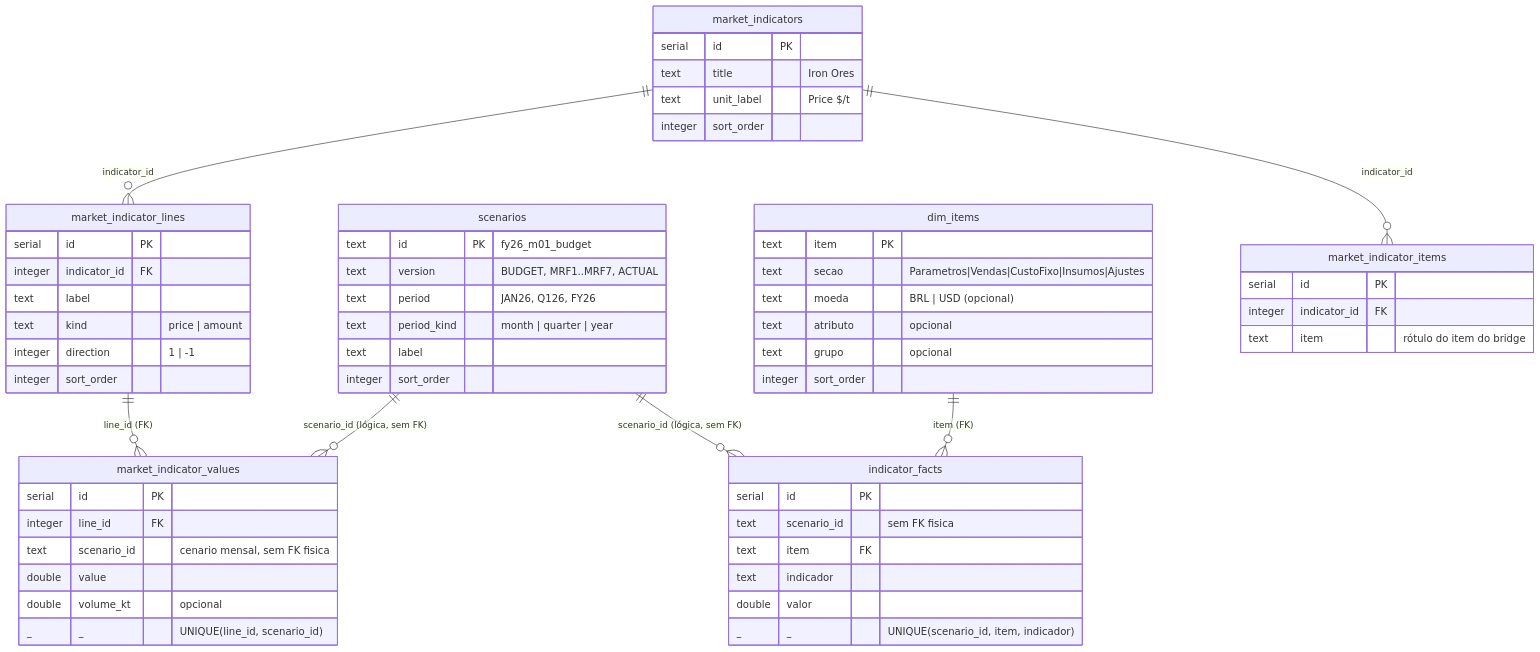
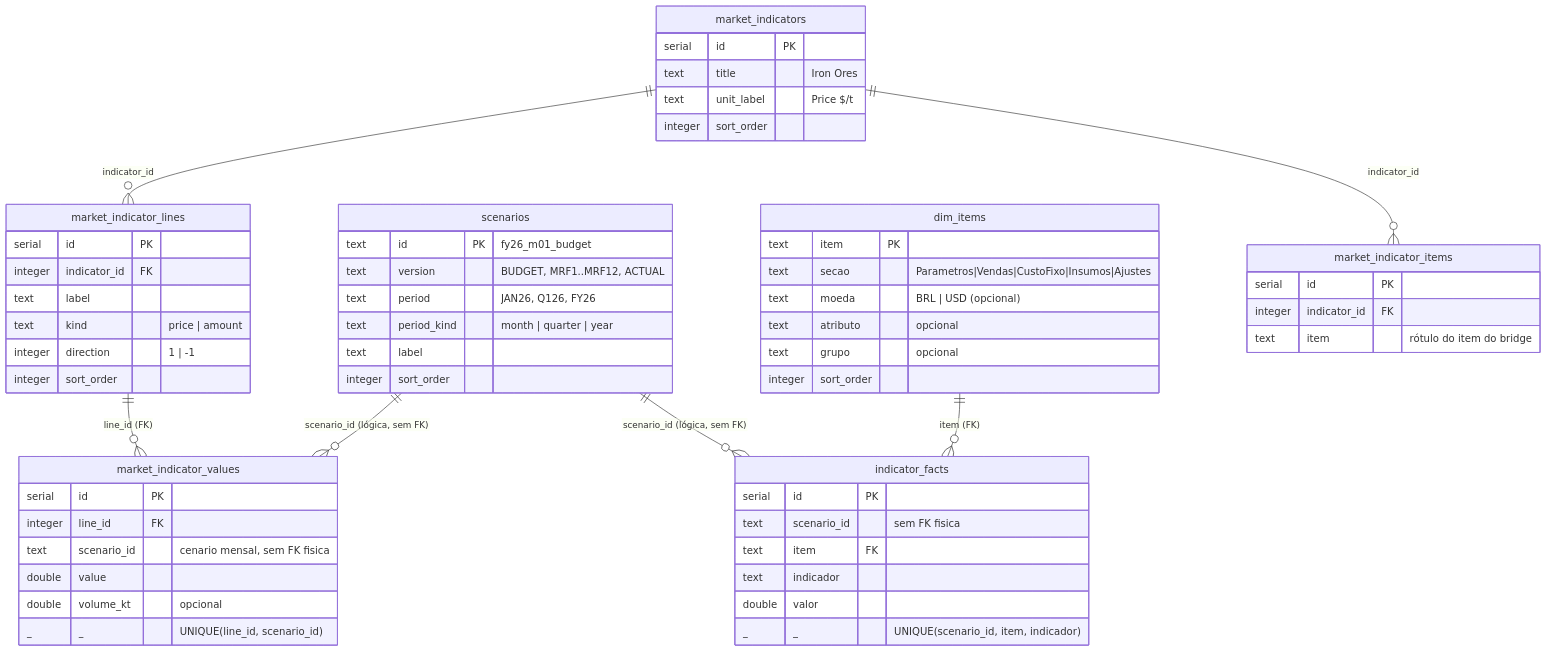
The diagram in docs/esquema-banco.md (guilherme80-code/ebitda-bridge), drawn with Mermaid before and after one commit. The commit also changed other lines of this file and 19 other files, not shown here.

````diff
--- a/docs/esquema-banco.md
+++ b/docs/esquema-banco.md
@@ -21,62 +21,62 @@
 ```mermaid
 erDiagram
     scenarios ||--o{ indicator_facts : "scenario_id (lógica, sem FK)"
     dim_items ||--o{ indicator_facts : "item (FK)"
 
     market_indicators ||--o{ market_indicator_lines : "indicator_id"
     market_indicators ||--o{ market_indicator_items : "indicator_id"
     market_indicator_lines ||--o{ market_indicator_values : "line_id (FK)"
     scenarios ||--o{ market_indicator_values : "scenario_id (lógica, sem FK)"
 
     scenarios {
         text id PK "fy26_m01_budget"
-        text version "BUDGET, MRF1..MRF7, ACTUAL"
+        text version "BUDGET, MRF1..MRF12, ACTUAL"
         text period "JAN26, Q126, FY26"
         text period_kind "month | quarter | year"
         text label
         integer sort_order
     }
     dim_items {
         text item PK
         text secao "Parametros|Vendas|CustoFixo|Insumos|Ajustes"
         text moeda "BRL | USD (opcional)"
         text atributo "opcional"
         text grupo "opcional"
         integer sort_order
     }
     indicator_facts {
         serial id PK
         text scenario_id "sem FK fisica"
         text item FK
         text indicador
         double valor
         _ _ "UNIQUE(scenario_id, item, indicador)"
     }
     market_indicators {
         serial id PK
         text title "Iron Ores"
         text unit_label "Price $/t"
         integer sort_order
     }
     market_indicator_lines {
         serial id PK
         integer indicator_id FK
         text label
         text kind "price | amount"
         integer direction "1 | -1"
         integer sort_order
     }
     market_indicator_values {
         serial id PK
         integer line_id FK
         text scenario_id "cenario mensal, sem FK fisica"
         double value
         double volume_kt "opcional"
         _ _ "UNIQUE(line_id, scenario_id)"
     }
     market_indicator_items {
         serial id PK
         integer indicator_id FK
         text item "rótulo do item do bridge"
     }
 ```
````
